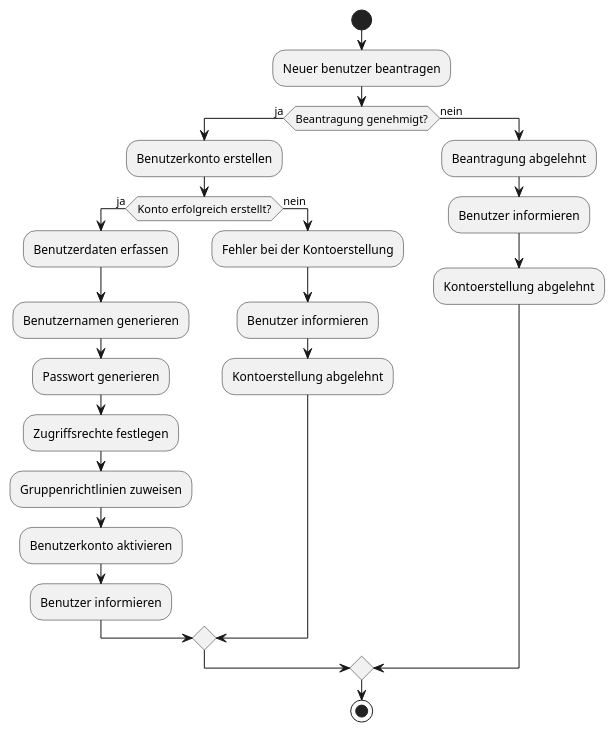
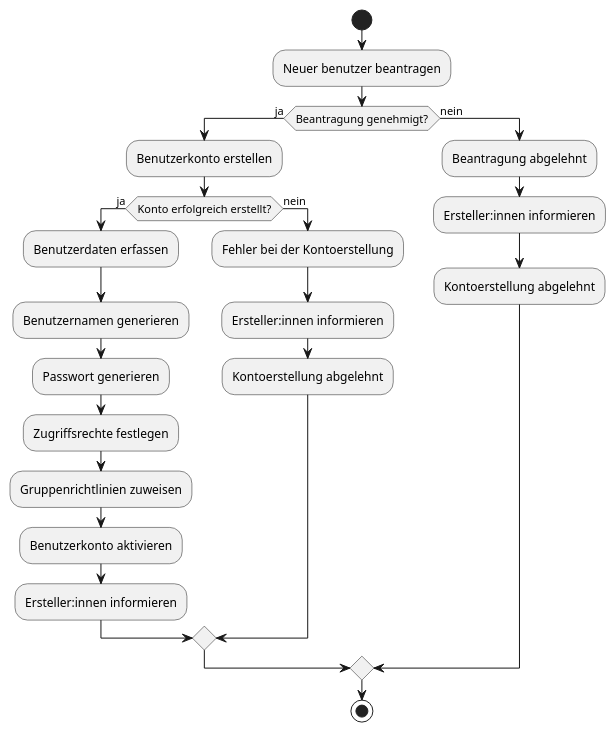
The fourth of 14 diagrams in docs/2_planning/3_activity_diagrams.md (helenlaible/ss23-kba-project), drawn with PlantUML before and after one commit. The commit also changed other lines of this file, not shown here.

````diff
--- a/docs/2_planning/3_activity_diagrams.md
+++ b/docs/2_planning/3_activity_diagrams.md
@@ -75,29 +75,29 @@
 ```plantuml Benutzerkontoerstellung
 @startuml
 start
 
 :Neuer benutzer beantragen;
 if (Beantragung genehmigt?) then (ja)
   :Benutzerkonto erstellen;
   if (Konto erfolgreich erstellt?) then (ja)
     :Benutzerdaten erfassen;
     :Benutzernamen generieren;
     :Passwort generieren;
     :Zugriffsrechte festlegen;
     :Gruppenrichtlinien zuweisen;
     :Benutzerkonto aktivieren;
-    :Benutzer informieren;
+    :Ersteller:innen informieren;
   else (nein)
     :Fehler bei der Kontoerstellung;
-    :Benutzer informieren;
+    :Ersteller:innen informieren;
     :Kontoerstellung abgelehnt;
   endif
 else (nein)
   :Beantragung abgelehnt;
-  :Benutzer informieren;
+  :Ersteller:innen informieren;
   :Kontoerstellung abgelehnt;
 endif
 
 stop
 @enduml
 ```
````
